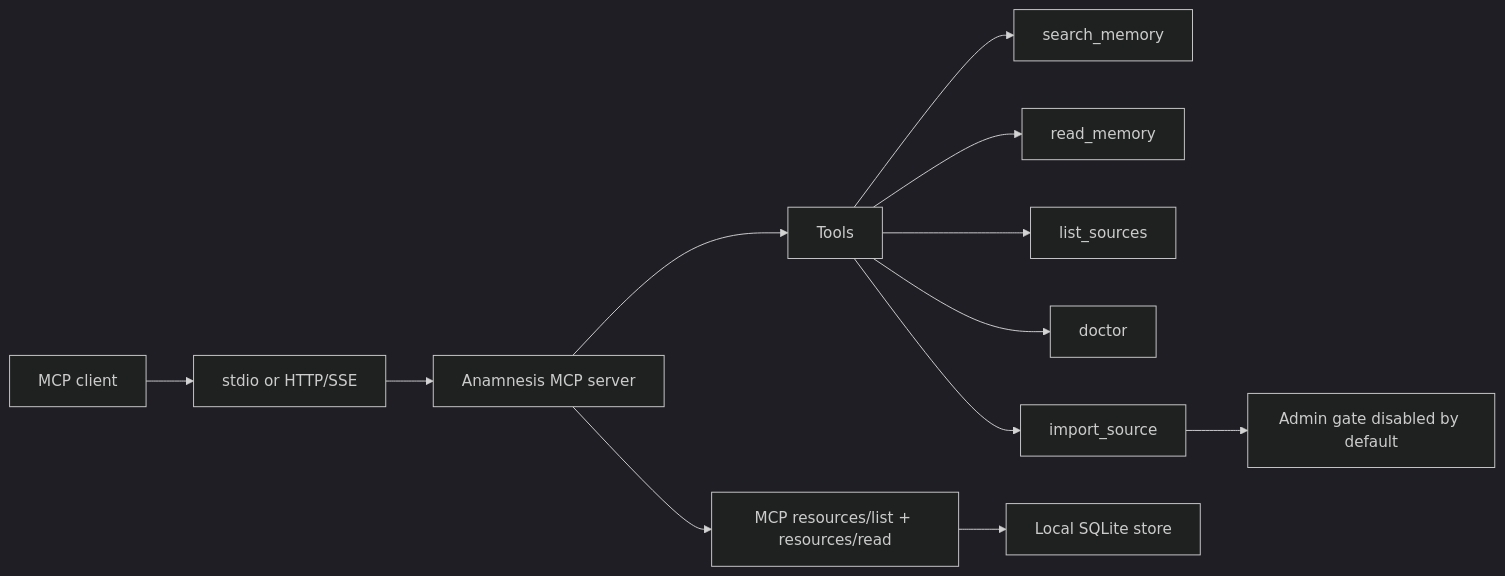
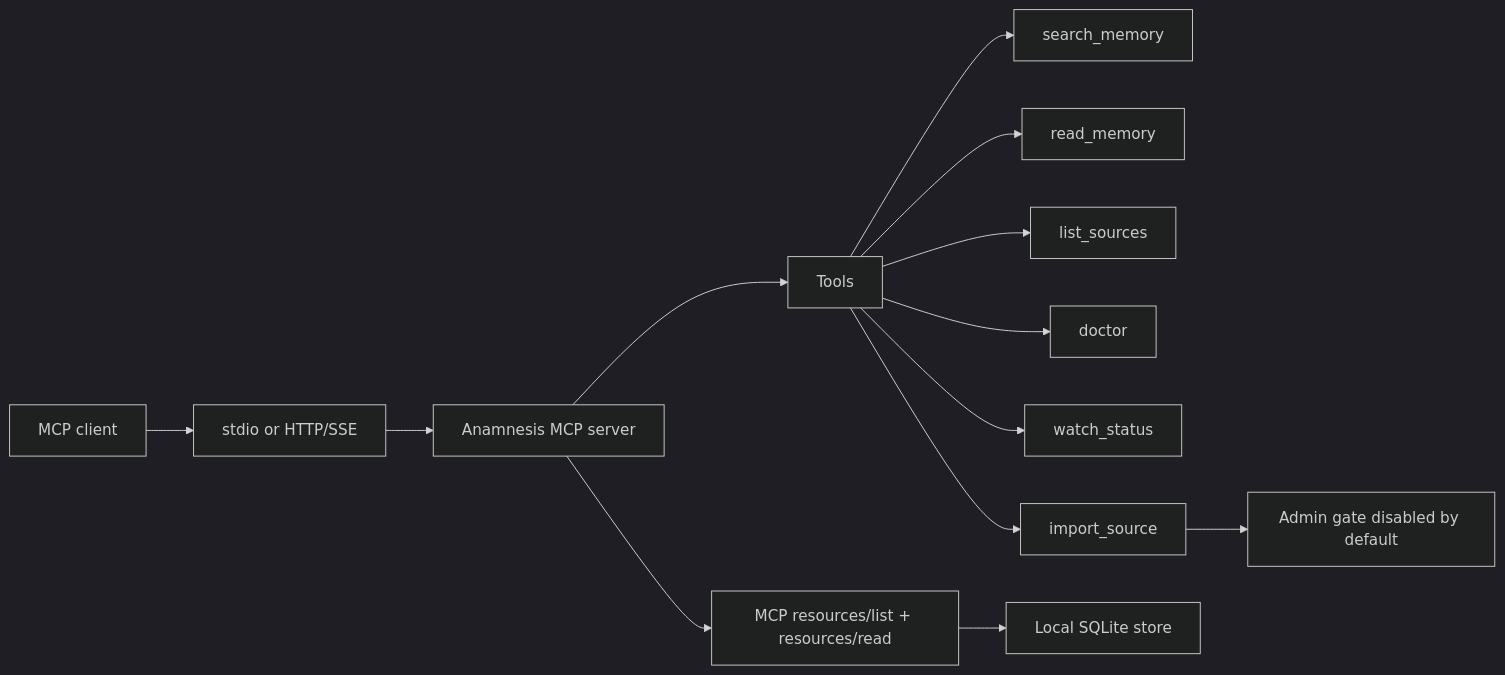
The fourth of 5 diagrams in README.md (Trapezohe/Anamnesis), drawn with Mermaid (dark theme) before and after one commit. The commit also changed other lines of this file and 1 other file, not shown here.

First line of the commit message:
docs(watch): document auto-sync in README + fix stale clap help (R157) (#182)

````diff
--- a/README.md
+++ b/README.md
@@ -170,14 +171,15 @@
 ```mermaid
 flowchart LR
     Agent["MCP client"] --> Transport["stdio or HTTP/SSE"]
     Transport --> Server["Anamnesis MCP server"]
     Server --> Tools["Tools"]
     Tools --> Search["search_memory"]
     Tools --> Read["read_memory"]
     Tools --> List["list_sources"]
     Tools --> Doctor["doctor"]
+    Tools --> WatchStatus["watch_status"]
     Tools --> Import["import_source"]
     Import --> Gate["Admin gate disabled by default"]
     Server --> Resources["MCP resources/list + resources/read"]
     Resources --> Store["Local SQLite store"]
 ```
````
